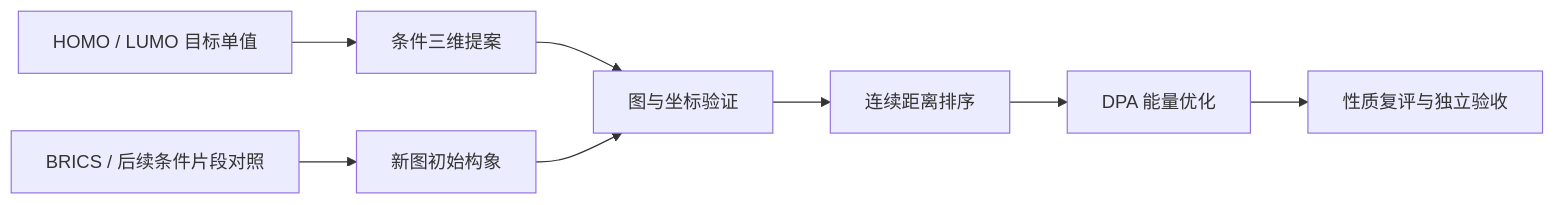
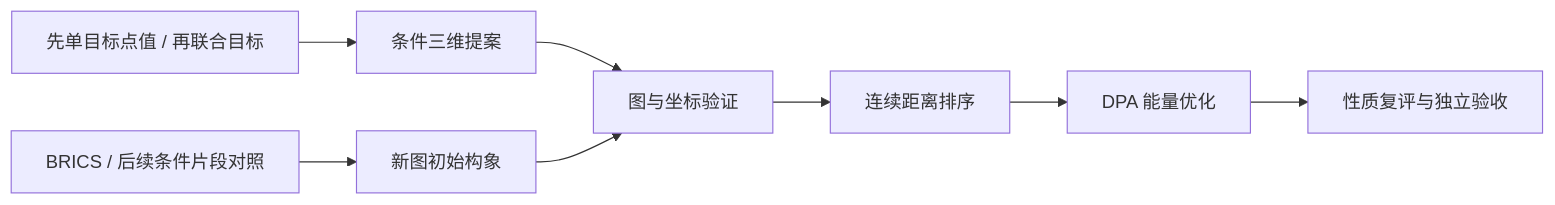
One commit to ShangChien/orbit3d changed the second of 2 diagrams in docs/architecture.md. Above: the diagram before and after it, drawn with Mermaid. The commit also changed other lines of this file and 3 other files, not shown here.

````diff
--- a/docs/architecture.md
+++ b/docs/architecture.md
@@ -79,10 +79,10 @@
 ```mermaid
 flowchart LR
-    A[HOMO / LUMO 目标单值] --> B[条件三维提案]
+    A[先单目标点值 / 再联合目标] --> B[条件三维提案]
     B --> C[图与坐标验证]
     C --> D[连续距离排序]
     D --> E[DPA 能量优化]
     E --> F[性质复评与独立验收]
     G[BRICS / 后续条件片段对照] --> H[新图初始构象]
     H --> C
 ```
````
